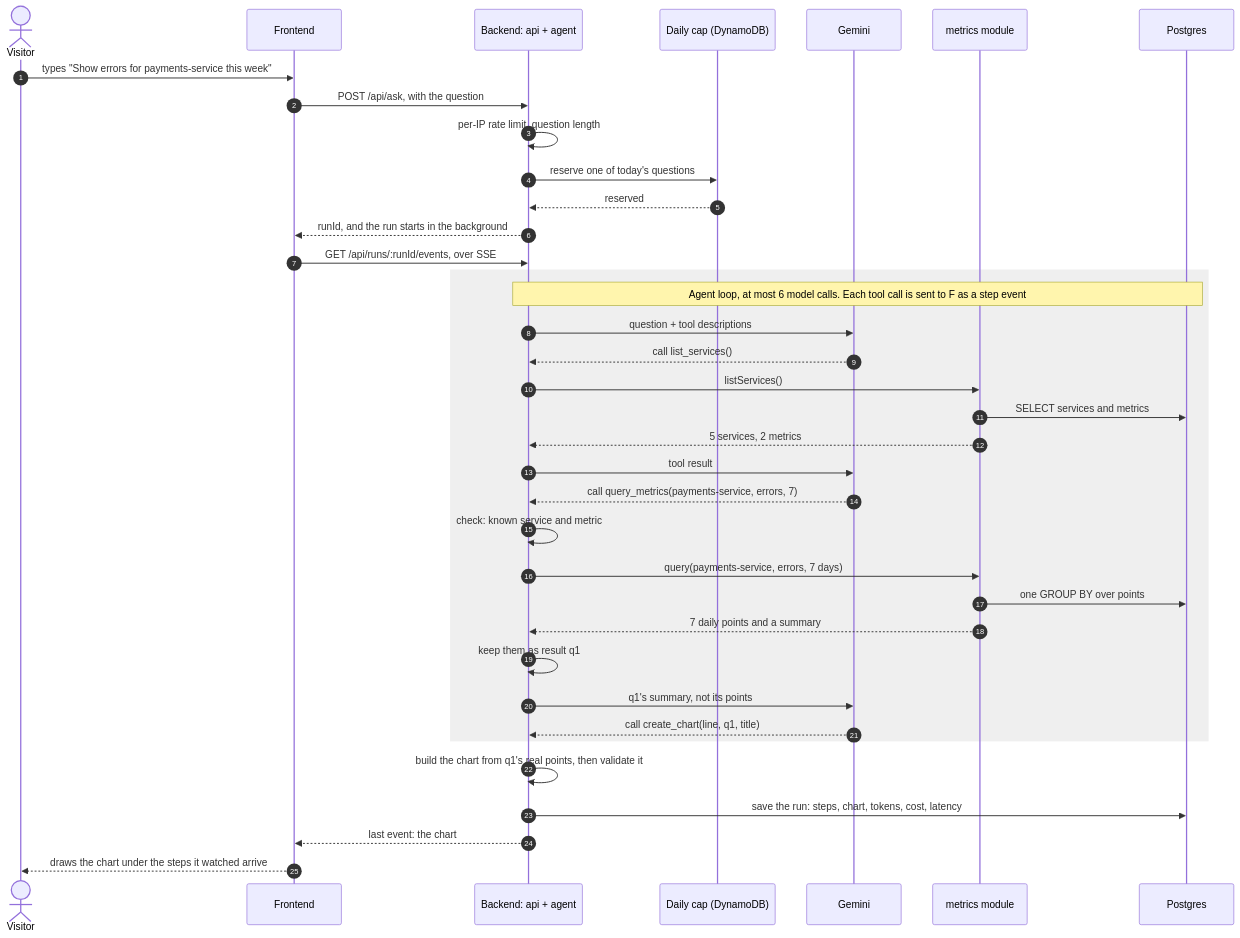
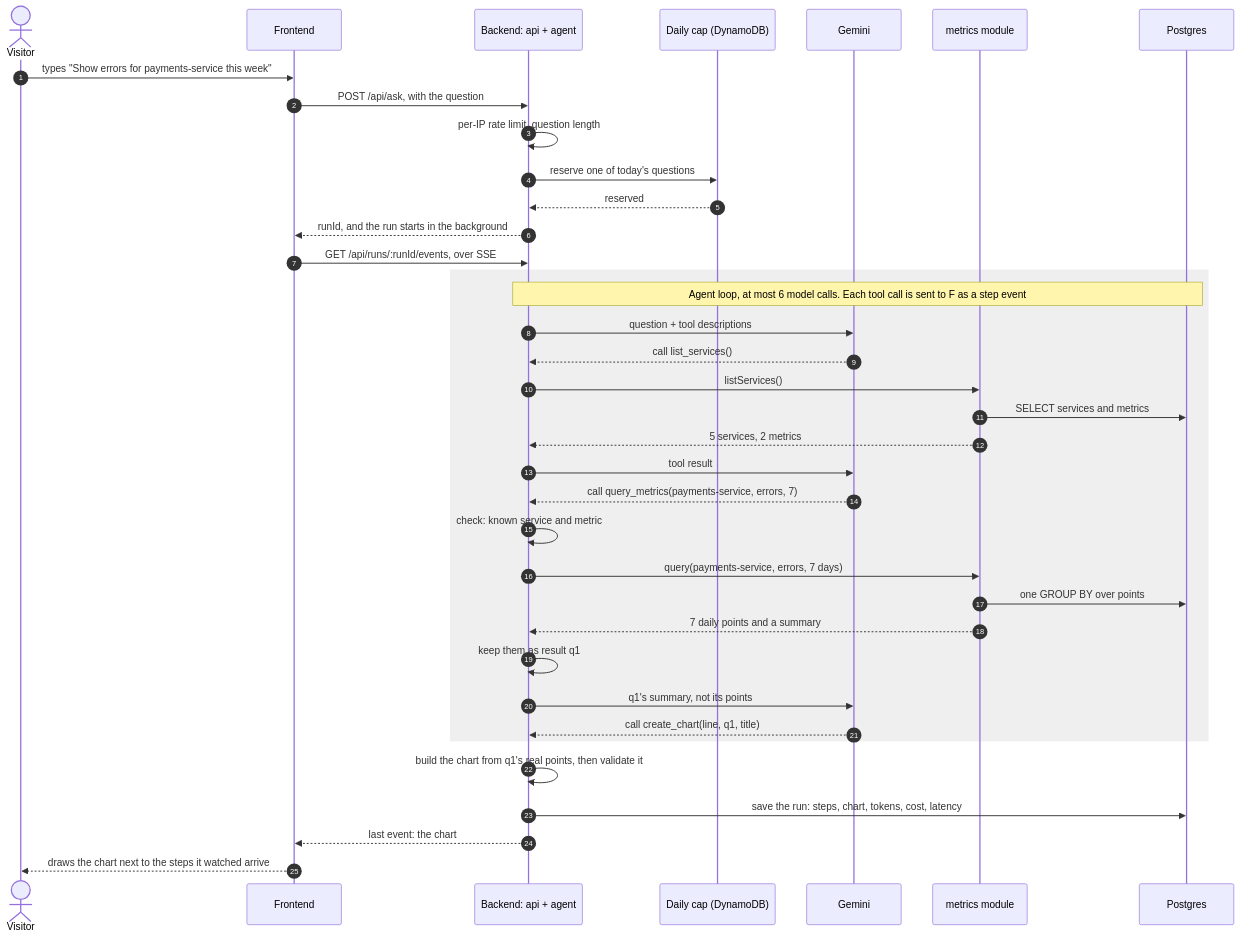
The fourth of 8 diagrams in docs/design.md (vovadyach/dashgen), drawn with Mermaid before and after one commit. The commit also changed other lines of this file and 49 other files, not shown here.

Commit message:
feat: the page asks a question, streams the steps and draws the chart

````diff
--- a/docs/design.md
+++ b/docs/design.md
@@ -182,40 +182,40 @@
 ```mermaid
 sequenceDiagram
     autonumber
     actor V as Visitor
     participant F as Frontend
     participant B as Backend: api + agent
     participant C as Daily cap (DynamoDB)
     participant LLM as Gemini
     participant M as metrics module
     participant DB as Postgres
 
     V->>F: types "Show errors for payments-service this week"
     F->>B: POST /api/ask, with the question
     B->>B: per-IP rate limit, question length
     B->>C: reserve one of today's questions
     C-->>B: reserved
     B-->>F: runId, and the run starts in the background
     F->>B: GET /api/runs/:runId/events, over SSE
     rect rgba(127, 127, 127, 0.12)
         Note over B,DB: Agent loop, at most 6 model calls. Each tool call is sent to F as a step event
         B->>LLM: question + tool descriptions
         LLM-->>B: call list_services()
         B->>M: listServices()
         M->>DB: SELECT services and metrics
         M-->>B: 5 services, 2 metrics
         B->>LLM: tool result
         LLM-->>B: call query_metrics(payments-service, errors, 7)
         B->>B: check: known service and metric
         B->>M: query(payments-service, errors, 7 days)
         M->>DB: one GROUP BY over points
         M-->>B: 7 daily points and a summary
         B->>B: keep them as result q1
         B->>LLM: q1's summary, not its points
         LLM-->>B: call create_chart(line, q1, title)
     end
     B->>B: build the chart from q1's real points, then validate it
     B->>DB: save the run: steps, chart, tokens, cost, latency
     B-->>F: last event: the chart
-    F-->>V: draws the chart under the steps it watched arrive
+    F-->>V: draws the chart next to the steps it watched arrive
 ```
````
